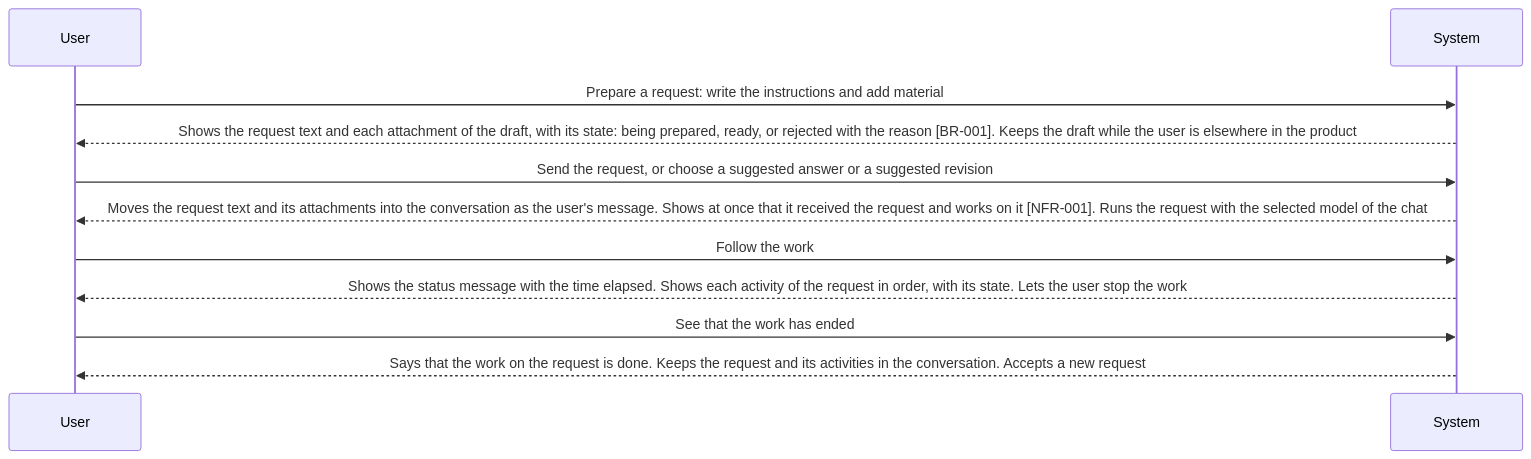
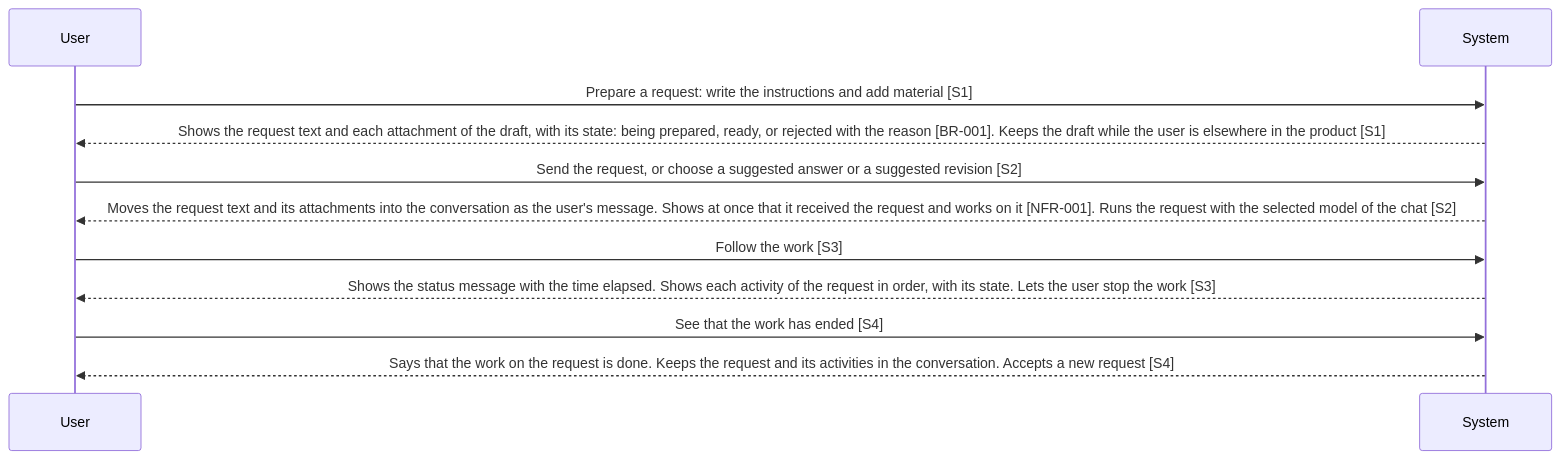
Before and after one commit to Luke23127006/DeckAgent: the diagram in dev/mvp/spec/02-use-cases/UC-003.md, drawn with Mermaid. The commit also changed 14 other files, not shown here.

First line of the commit message:
docs(spec): tag use case diagram messages with their step ID

````diff
--- a/dev/mvp/spec/02-use-cases/UC-003.md
+++ b/dev/mvp/spec/02-use-cases/UC-003.md
@@ -15,13 +15,13 @@
 ```mermaid
 sequenceDiagram
   participant U as User
   participant S as System
-  U->>S: Prepare a request: write the instructions and add material
-  S-->>U: Shows the request text and each attachment of the draft, with its state: being prepared, ready, or rejected with the reason [BR-001]. Keeps the draft while the user is elsewhere in the product
-  U->>S: Send the request, or choose a suggested answer or a suggested revision
-  S-->>U: Moves the request text and its attachments into the conversation as the user's message. Shows at once that it received the request and works on it [NFR-001]. Runs the request with the selected model of the chat
-  U->>S: Follow the work
-  S-->>U: Shows the status message with the time elapsed. Shows each activity of the request in order, with its state. Lets the user stop the work
-  U->>S: See that the work has ended
-  S-->>U: Says that the work on the request is done. Keeps the request and its activities in the conversation. Accepts a new request
+  U->>S: Prepare a request: write the instructions and add material [S1]
+  S-->>U: Shows the request text and each attachment of the draft, with its state: being prepared, ready, or rejected with the reason [BR-001]. Keeps the draft while the user is elsewhere in the product [S1]
+  U->>S: Send the request, or choose a suggested answer or a suggested revision [S2]
+  S-->>U: Moves the request text and its attachments into the conversation as the user's message. Shows at once that it received the request and works on it [NFR-001]. Runs the request with the selected model of the chat [S2]
+  U->>S: Follow the work [S3]
+  S-->>U: Shows the status message with the time elapsed. Shows each activity of the request in order, with its state. Lets the user stop the work [S3]
+  U->>S: See that the work has ended [S4]
+  S-->>U: Says that the work on the request is done. Keeps the request and its activities in the conversation. Accepts a new request [S4]
 ```
````
